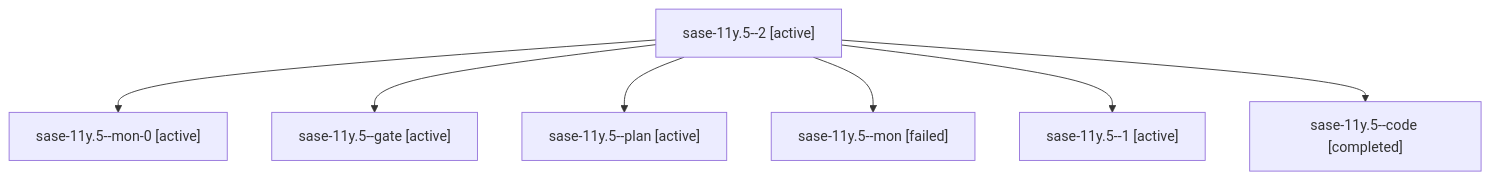
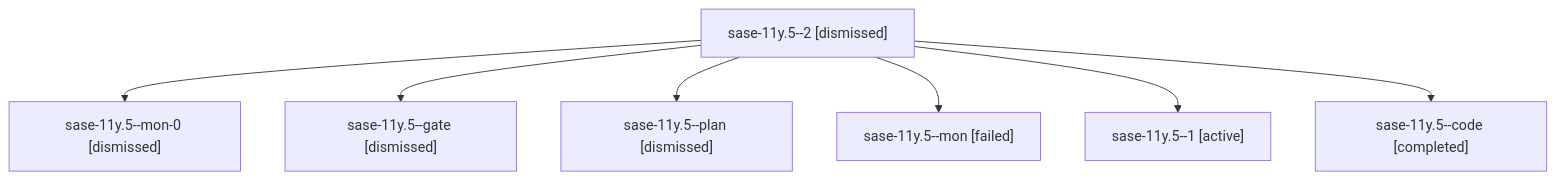
One commit to sase-org/sase--agents changed the diagram in sessions/bbugyi200.athena.sase-11y.5.md. Above: the diagram before and after it, drawn with Mermaid. The commit also changed other lines of this file and 252 other files, not shown here.

````diff
--- a/sessions/bbugyi200.athena.sase-11y.5.md
+++ b/sessions/bbugyi200.athena.sase-11y.5.md
@@ -9,16 +9,16 @@
 ```mermaid
 flowchart TD
-  n0["sase-11y.5--2 [active]"]
-  n1["sase-11y.5--mon-0 [active]"]
+  n0["sase-11y.5--2 [dismissed]"]
+  n1["sase-11y.5--mon-0 [dismissed]"]
   n0 --> n1
-  n2["sase-11y.5--gate [active]"]
+  n2["sase-11y.5--gate [dismissed]"]
   n0 --> n2
-  n3["sase-11y.5--plan [active]"]
+  n3["sase-11y.5--plan [dismissed]"]
   n0 --> n3
   n4["sase-11y.5--mon [failed]"]
   n0 --> n4
   n5["sase-11y.5--1 [active]"]
   n0 --> n5
   n6["sase-11y.5--code [completed]"]
   n0 --> n6
 ```
````
